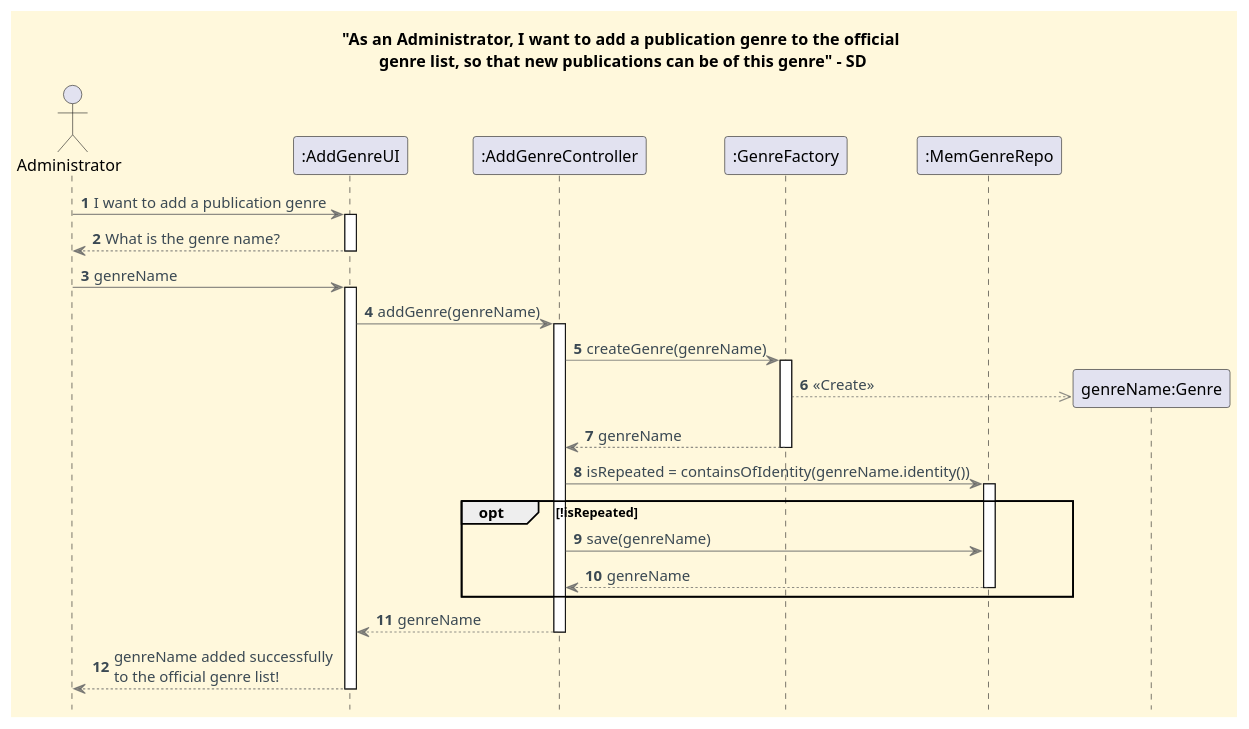
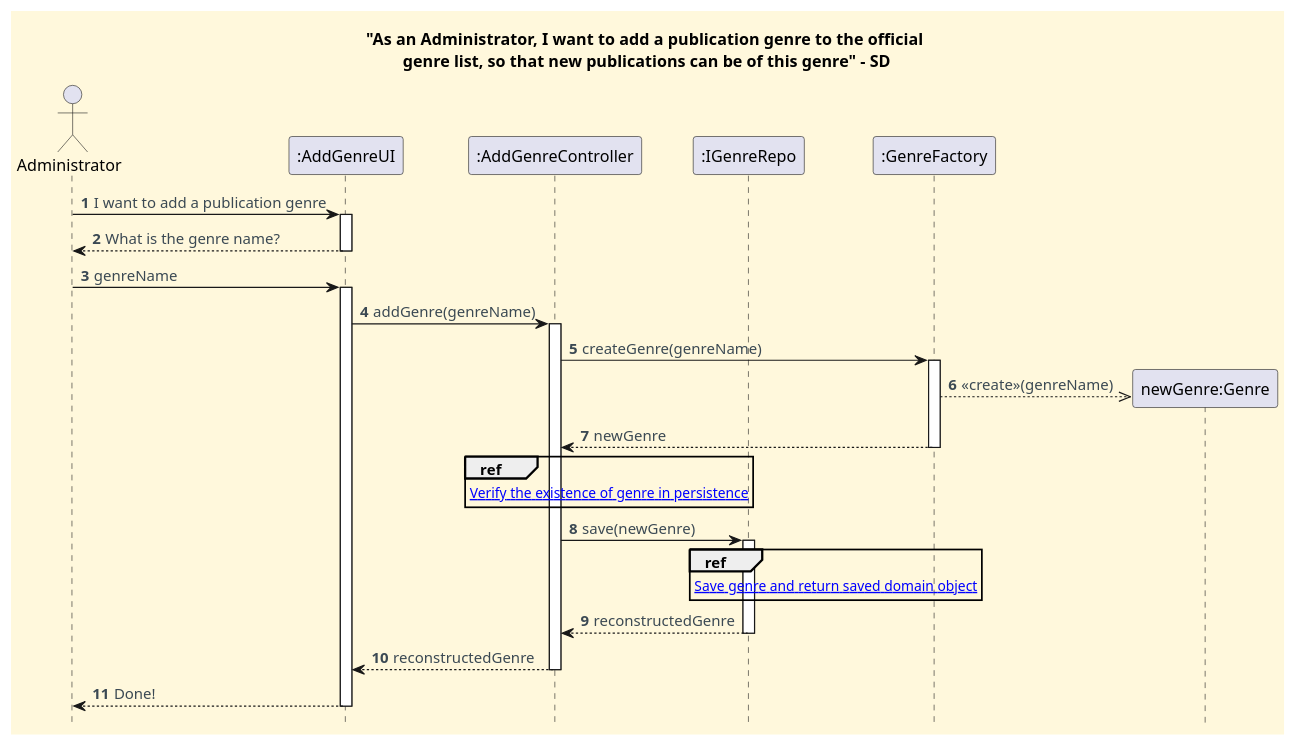
Before and after one commit to CarolinaLeite-collab/JavaMarketplacePlatform: the diagram in docs/functionalities/admin/add-genre/Add_Genre_SD.puml, drawn with PlantUML. The commit also changed 4 other files, not shown here.

Commit message:
docs: update genre aggregate and sequence diagrams for JPA persistence Refs #633

```diff
--- a/docs/functionalities/admin/add-genre/Add_Genre_SD.puml
+++ b/docs/functionalities/admin/add-genre/Add_Genre_SD.puml
@@ -1,61 +1,62 @@
-    @startuml
+@startuml
+'==== Title ====
+title "As an Administrator, I want to add a publication genre to the official \ngenre list, so that new publications can be of this genre" - SD
 
-    title  "As an Administrator, I want to add a publication genre to the official \ngenre list, so that new publications can be of this genre" - SD
+'==== basic style ====
+skinparam monochrome false
+skinparam shadowing false
+skinparam defaultFontName Futura
+skinparam objectFontSize 20
+skinparam backgroundColor CornSilk
+skinparam objectBackgroundColor WhiteSmoke
+skinparam noteBackgroundColor #FFFFE0
+skinparam ArrowFontColor #3B4953
+skinparam ActivationBackgroundColor black
+hidefootbox
+autonumber
 
-    '==== basic style ====
-    skinparam monochrome false
-    skinparam shadowing false
-    skinparam defaultFontName Futura
-    skinparam objectFontSize 20
-    skinparam backgroundColor CornSilk
-    skinparam objectBackgroundColor WhiteSmoke
-    skinparam noteBackgroundColor #FFFFE0
-    skinparam ArrowFontColor #3B4953
-    skinparam ArrowColor #57595BAA
-    skinparam ActivationBackgroundColor WhiteSmoke
-    hide footbox
+' ==== Actor and participants ====
+actor Administrator
+participant ":AddGenreUI" as UI
+participant ":AddGenreController" as CTL
+participant ":IGenreRepo" as IREPO
+participant ":GenreFactory" as Factory
 
-    autonumber
+'==== UI interaction ====
+Administrator -> UI: I want to add a publication genre
+activate UI
+UI --> Administrator: What is the genre name?
+deactivate UI
+Administrator -> UI: genreName
+activate UI
 
-    actor Administrator
-    participant ":AddGenreUI" as UI
-    participant ":AddGenreController" as Ctl
-    participant ":GenreFactory" as gf
-    participant ":MemGenreRepo" as gr
+UI -> CTL: addGenre(genreName)
+activate CTL
 
+CTL -> Factory: createGenre(genreName)
+activate Factory
+create "newGenre:Genre" as G
+Factory -->> G: <<create>>(genreName)
+Factory --> CTL: newGenre
+deactivate Factory
 
-    Administrator -> UI: I want to add a publication genre
-    activate UI
-    UI --> Administrator: What is the genre name?
-    deactivate UI
-    Administrator -> UI: genreName
-    activate UI
+ref over CTL
+[[sd-ref-diagrams/Verify_Genre_Existence.puml Verify the existence of genre in persistence]]
+end ref
 
-    UI -> Ctl: addGenre(genreName)
-    activate Ctl
-    Ctl -> gf: createGenre(genreName)
+CTL -> IREPO : save(newGenre)
+activate IREPO
 
-    activate gf
-    create "genreName:Genre"
-    gf -->> "genreName:Genre": <<Create>>
+ref over IREPO
+[[sd-ref-diagrams/Save_Genre.puml Save genre and return saved domain object]]
+end ref
 
-    gf --> Ctl : genreName
-    deactivate gf
+CTL <-- IREPO : reconstructedGenre
+deactivate IREPO
 
+CTL --> UI: reconstructedGenre
+deactivate CTL
+UI --> Administrator: Done!
+deactivate UI
 
-    Ctl -> gr : isRepeated = containsOfIdentity(genreName.identity())
-    activate gr
-    opt !isRepeated
-    Ctl -> gr: save(genreName)
-    gr --> Ctl: genreName
-     deactivate gr
-    end
-
-
-    Ctl --> UI: genreName
-    deactivate Ctl
-
-    UI --> Administrator: genreName added successfully \nto the official genre list!
-    deactivate UI
-
-    @enduml
+@enduml
```
